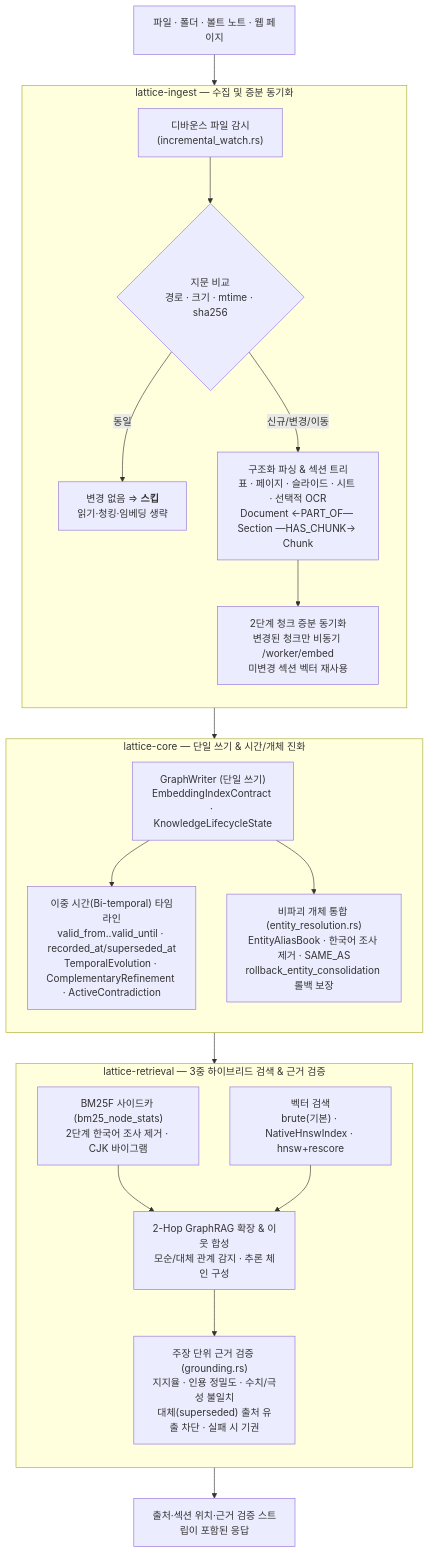
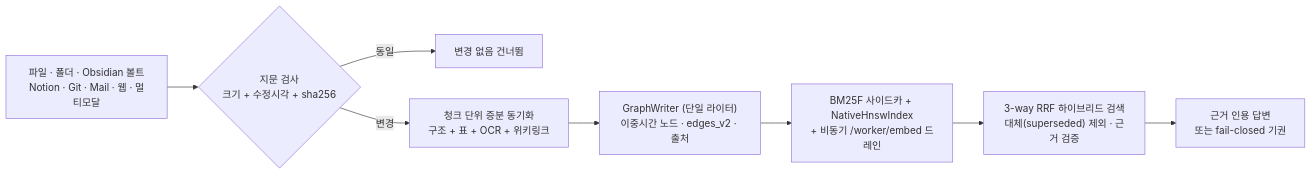
Before and after one commit to TaeSooPark-PTS/LatticeAI: the second of 2 diagrams in docs/ko/ARCHITECTURE.md, drawn with Mermaid. The commit also changed other lines of this file and 232 other files, not shown here.

Commit message:
release(v13.7.0): native Rust Obsidian/interop bridges, pure ESM Vite/Vitest configs, v13+ release ledger, and modernized ARCHITECTURE.md

````diff
--- a/docs/ko/ARCHITECTURE.md
+++ b/docs/ko/ARCHITECTURE.md
@@ -133,40 +106,15 @@
 ```mermaid
-flowchart TB
-  src["파일 · 폴더 · 볼트 노트 · 웹 페이지"]
+flowchart LR
+  src["파일 · 폴더 · Obsidian 볼트<br/>Notion · Git · Mail · 웹 · 멀티모달"]
+  fp{"지문 검사<br/>크기 + 수정시각 + sha256"}
+  skip["변경 없음 건너뜀"]
+  sync["청크 단위 증분 동기화<br/>구조 + 표 + OCR + 위키링크"]
+  gw["GraphWriter (단일 라이터)<br/>이중시간 노드 · edges_v2 · 출처"]
+  idx["BM25F 사이드카 + NativeHnswIndex<br/>+ 비동기 /worker/embed 드레인"]
+  rrf["3-way RRF 하이브리드 검색<br/>대체(superseded) 제외 · 근거 검증"]
+  ans["근거 인용 답변<br/>또는 fail-closed 기권"]
 
-  subgraph ingest["lattice-ingest — 수집 및 증분 동기화"]
-    direction TB
-    watch["디바운스 파일 감시<br/>(incremental_watch.rs)"]
-    fp{"지문 비교<br/>경로 · 크기 · mtime · sha256"}
-    skip["변경 없음 ⇒ <b>스킵</b><br/>읽기·청킹·임베딩 생략"]
-    inc["2단계 청크 증분 동기화<br/>변경된 청크만 비동기 /worker/embed<br/>미변경 섹션 벡터 재사용"]
-    struct["구조화 파싱 & 섹션 트리<br/>표 · 페이지 · 슬라이드 · 시트 · 선택적 OCR<br/>Document ←PART_OF— Section —HAS_CHUNK→ Chunk"]
-    watch --> fp
-    fp -- "동일" --> skip
-    fp -- "신규/변경/이동" --> struct --> inc
-  end
-
-  subgraph kgcore["lattice-core — 단일 쓰기 & 시간/개체 진화"]
-    direction TB
-    gw["GraphWriter (단일 쓰기)<br/>EmbeddingIndexContract · KnowledgeLifecycleState"]
-    bitemp["이중 시간(Bi-temporal) 타임라인<br/>valid_from..valid_until · recorded_at/superseded_at<br/>TemporalEvolution · ComplementaryRefinement · ActiveContradiction"]
-    entres["비파괴 개체 통합 (entity_resolution.rs)<br/>EntityAliasBook · 한국어 조사 제거 · SAME_AS<br/>rollback_entity_consolidation 롤백 보장"]
-    gw --> bitemp
-    gw --> entres
-  end
-
-  subgraph recall["lattice-retrieval — 3중 하이브리드 검색 & 근거 검증"]
-    direction TB
-    bm25["BM25F 사이드카 (bm25_node_stats)<br/>2단계 한국어 조사 제거 · CJK 바이그램"]
-    vec["벡터 검색<br/>brute(기본) · NativeHnswIndex · hnsw+rescore"]
-    graphrag["2-Hop GraphRAG 확장 & 이웃 합성<br/>모순/대체 관계 감지 · 추론 체인 구성"]
-    ground["주장 단위 근거 검증 (grounding.rs)<br/>지지율 · 인용 정밀도 · 수치/극성 불일치<br/>대체(superseded) 출처 유출 차단 · 실패 시 기권"]
-    bm25 --> graphrag
-    vec --> graphrag
-    graphrag --> ground
-  end
-
-  ans["출처·섹션 위치·근거 검증 스트립이 포함된 응답"]
-
-  src --> ingest --> kgcore --> recall --> ans
+  src --> fp
+  fp -->|동일| skip
+  fp -->|변경| sync --> gw --> idx --> rrf --> ans
 ```
````
